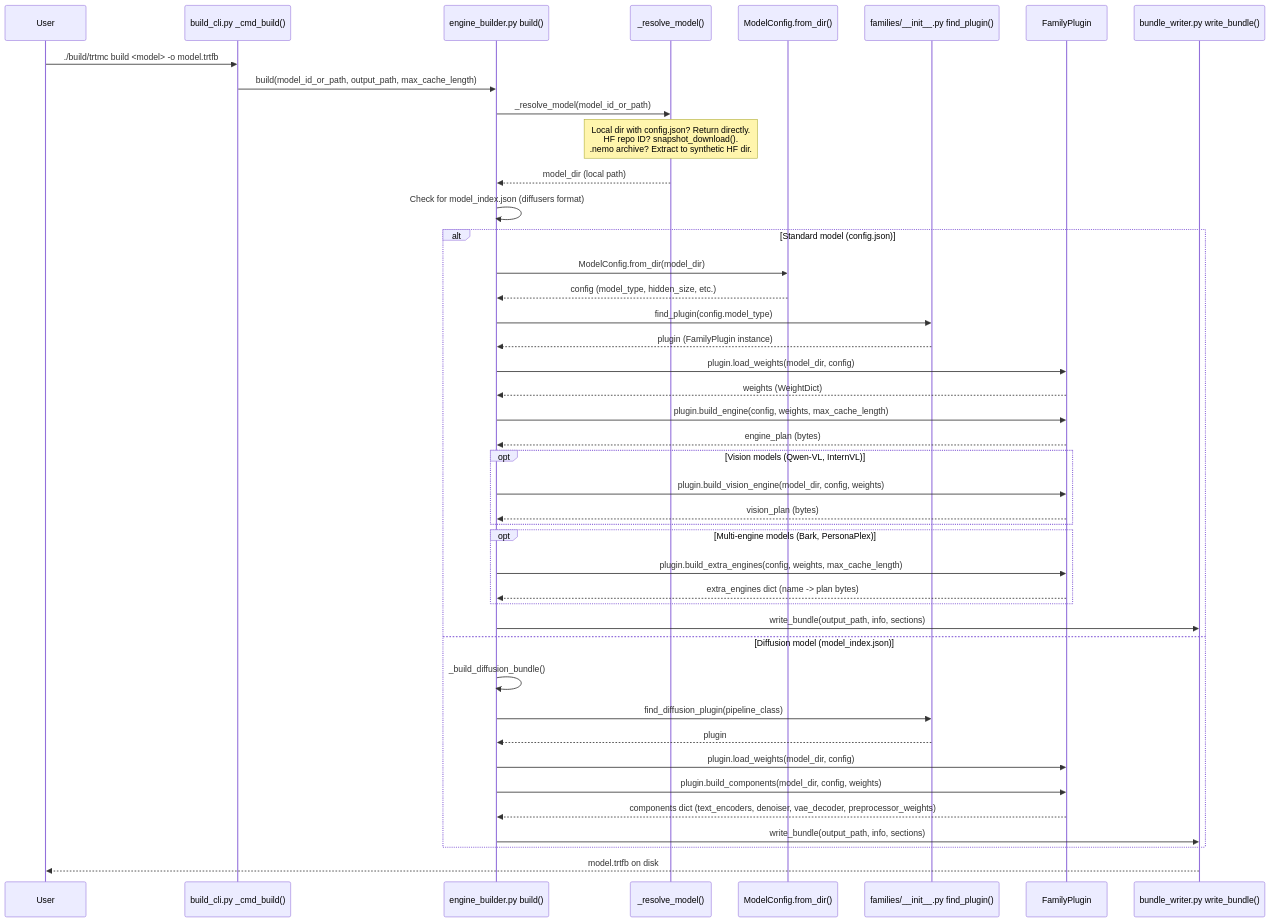
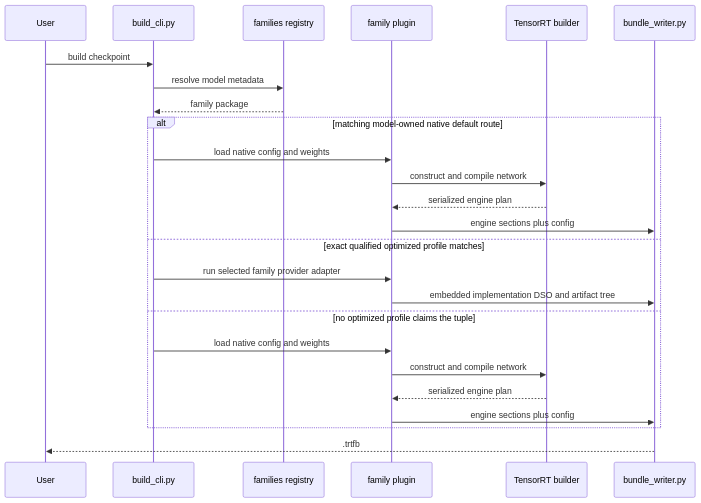
Before and after one commit to AbishekCoder1/TensorRT-Model-Connect: the first of 2 diagrams in website/docs/wiki/Dynamic-Design.md, drawn with Mermaid. The commit also changed other lines of this file and 83 other files, not shown here.

````diff
--- a/website/docs/wiki/Dynamic-Design.md
+++ b/website/docs/wiki/Dynamic-Design.md
@@ -27,46 +7,28 @@
 ```mermaid
 sequenceDiagram
-    participant User
-    participant CLI as build_cli.py _cmd_build()
-    participant EB as engine_builder.py build()
-    participant Resolve as _resolve_model()
-    participant Config as ModelConfig.from_dir()
-    participant Families as families/__init__.py find_plugin()
-    participant Plugin as FamilyPlugin
-    participant Writer as bundle_writer.py write_bundle()
+  participant User
+  participant CLI as build_cli.py
+  participant Families as families registry
+  participant Plugin as family plugin
+  participant TRT as TensorRT builder
+  participant Bundle as bundle_writer.py
 
-    User->>CLI: ./build/trtmc build <model> -o model.trtfb
-    CLI->>EB: build(model_id_or_path, output_path, max_cache_length)
-    EB->>Resolve: _resolve_model(model_id_or_path)
-    Note over Resolve: Local dir with config.json? Return directly.<br/>HF repo ID? snapshot_download().<br/>.nemo archive? Extract to synthetic HF dir.
-    Resolve-->>EB: model_dir (local path)
-    EB->>EB: Check for model_index.json (diffusers format)
-    alt Standard model (config.json)
-        EB->>Config: ModelConfig.from_dir(model_dir)
-        Config-->>EB: config (model_type, hidden_size, etc.)
-        EB->>Families: find_plugin(config.model_type)
-        Families-->>EB: plugin (FamilyPlugin instance)
-        EB->>Plugin: plugin.load_weights(model_dir, config)
-        Plugin-->>EB: weights (WeightDict)
-        EB->>Plugin: plugin.build_engine(config, weights, max_cache_length)
-        Plugin-->>EB: engine_plan (bytes)
-        opt Vision models (Qwen-VL, InternVL)
-            EB->>Plugin: plugin.build_vision_engine(model_dir, config, weights)
-            Plugin-->>EB: vision_plan (bytes)
-        end
-        opt Multi-engine models (Bark, PersonaPlex)
-            EB->>Plugin: plugin.build_extra_engines(config, weights, max_cache_length)
-            Plugin-->>EB: extra_engines dict (name -> plan bytes)
-        end
-        EB->>Writer: write_bundle(output_path, info, sections)
-    else Diffusion model (model_index.json)
-        EB->>EB: _build_diffusion_bundle()
-        EB->>Families: find_diffusion_plugin(pipeline_class)
-        Families-->>EB: plugin
-        EB->>Plugin: plugin.load_weights(model_dir, config)
-        EB->>Plugin: plugin.build_components(model_dir, config, weights)
-        Plugin-->>EB: components dict (text_encoders, denoiser, vae_decoder, preprocessor_weights)
-        EB->>Writer: write_bundle(output_path, info, sections)
-    end
-    Writer-->>User: model.trtfb on disk
+  User->>CLI: build checkpoint
+  CLI->>Families: resolve model metadata
+  Families-->>CLI: family package
+  alt matching model-owned native default route
+    CLI->>Plugin: load native config and weights
+    Plugin->>TRT: construct and compile network
+    TRT-->>Plugin: serialized engine plan
+    Plugin->>Bundle: engine sections plus config
+  else exact qualified optimized profile matches
+    CLI->>Plugin: run selected family provider adapter
+    Plugin->>Bundle: embedded implementation DSO and artifact tree
+  else no optimized profile claims the tuple
+    CLI->>Plugin: load native config and weights
+    Plugin->>TRT: construct and compile network
+    TRT-->>Plugin: serialized engine plan
+    Plugin->>Bundle: engine sections plus config
+  end
+  Bundle-->>User: .trtfb
 ```
````
